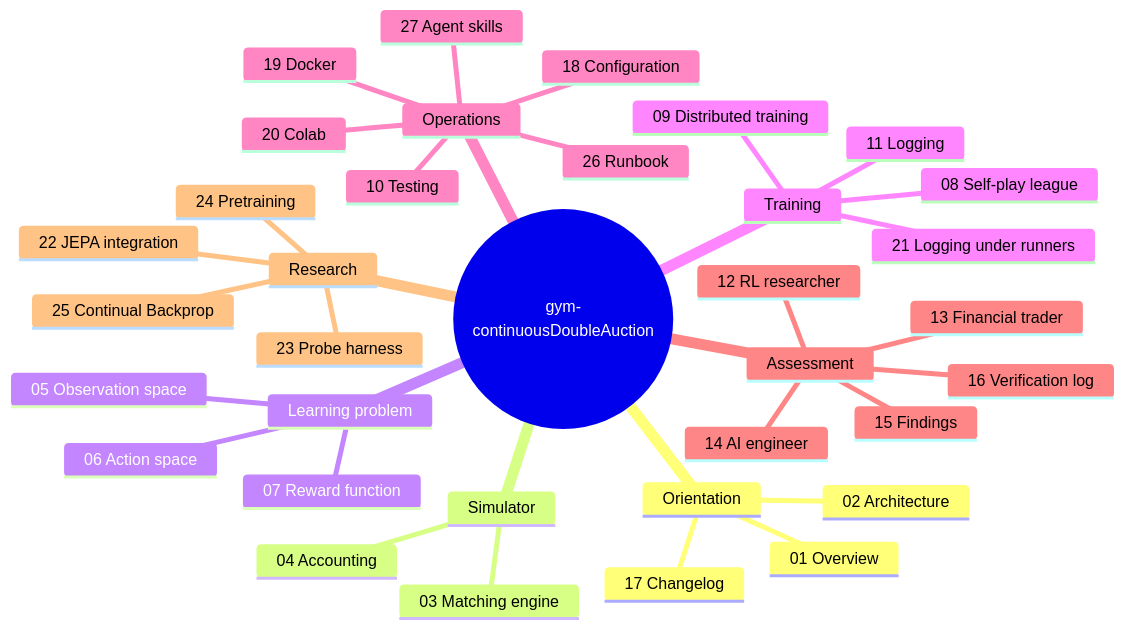
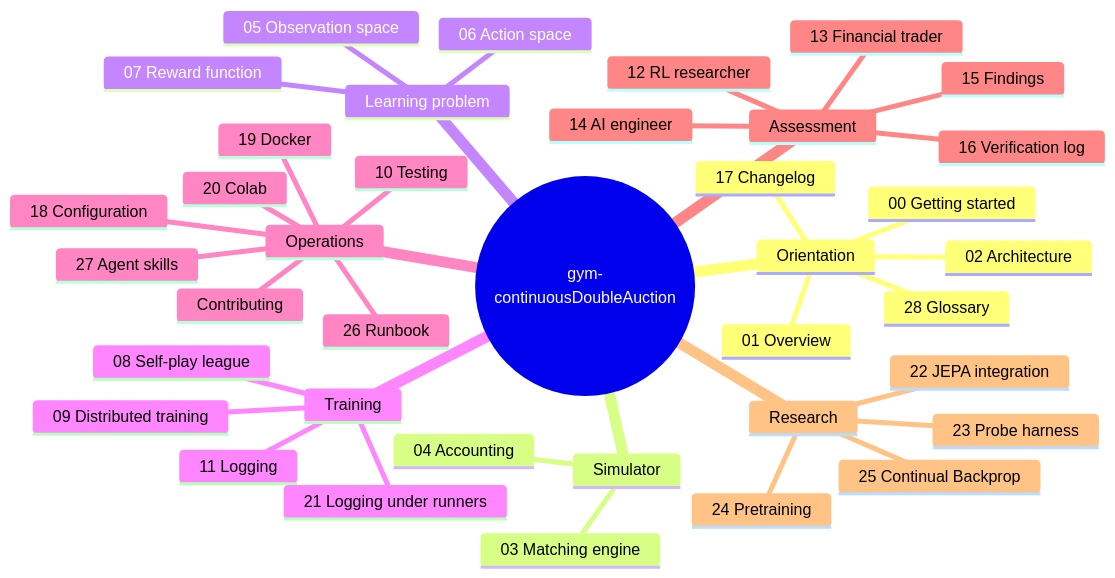
Before and after one commit to ChuaCheowHuan/gym-continuousDoubleAuction: the diagram in docs/README.md, drawn with Mermaid. The commit also changed other lines of this file, not shown here.

First line of the commit message:
Docs index: add getting started, glossary and contributing

````diff
--- a/docs/README.md
+++ b/docs/README.md
@@ -9,38 +9,41 @@
 ```mermaid
 mindmap
   root(("gym-continuousDoubleAuction"))
     Orientation
+      00 Getting started
       01 Overview
       02 Architecture
+      28 Glossary
       17 Changelog
     Simulator
       03 Matching engine
       04 Accounting
     Learning problem
       05 Observation space
       06 Action space
       07 Reward function
     Training
       08 Self-play league
       09 Distributed training
       11 Logging
       21 Logging under runners
     Operations
       26 Runbook
       27 Agent skills
       18 Configuration
       19 Docker
       20 Colab
       10 Testing
+      Contributing
     Assessment
       12 RL researcher
       13 Financial trader
       14 AI engineer
       15 Findings
       16 Verification log
     Research
       22 JEPA integration
       23 Probe harness
       24 Pretraining
       25 Continual Backprop
 ```
````
